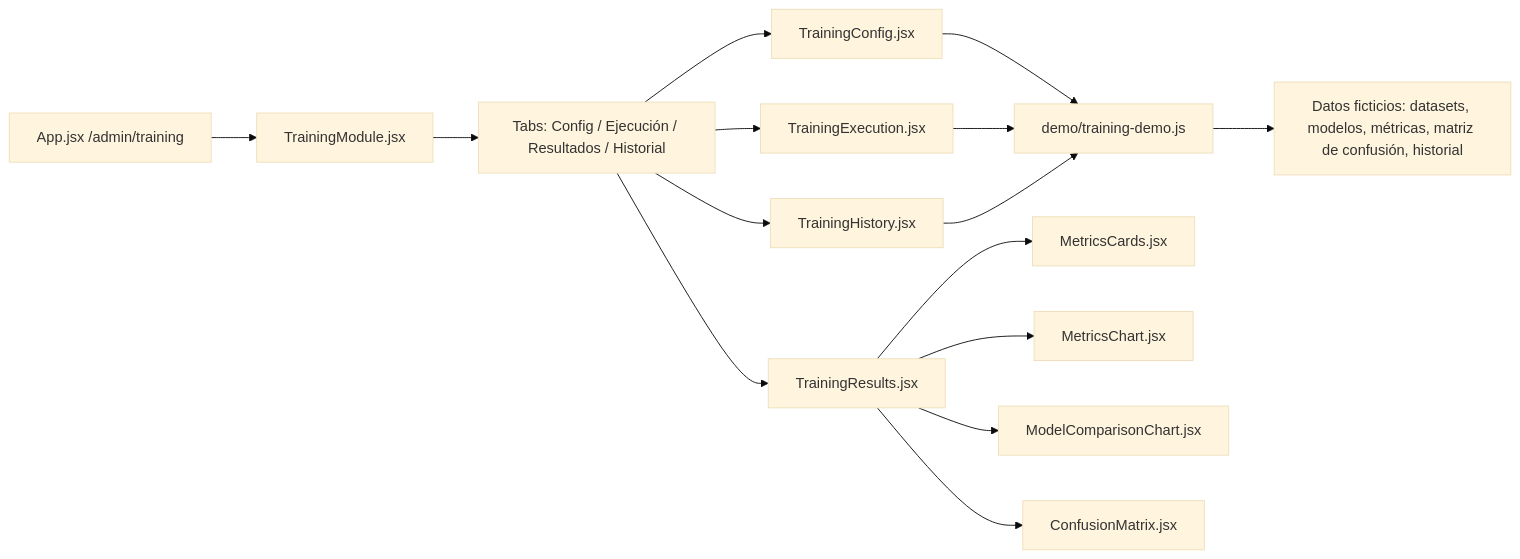
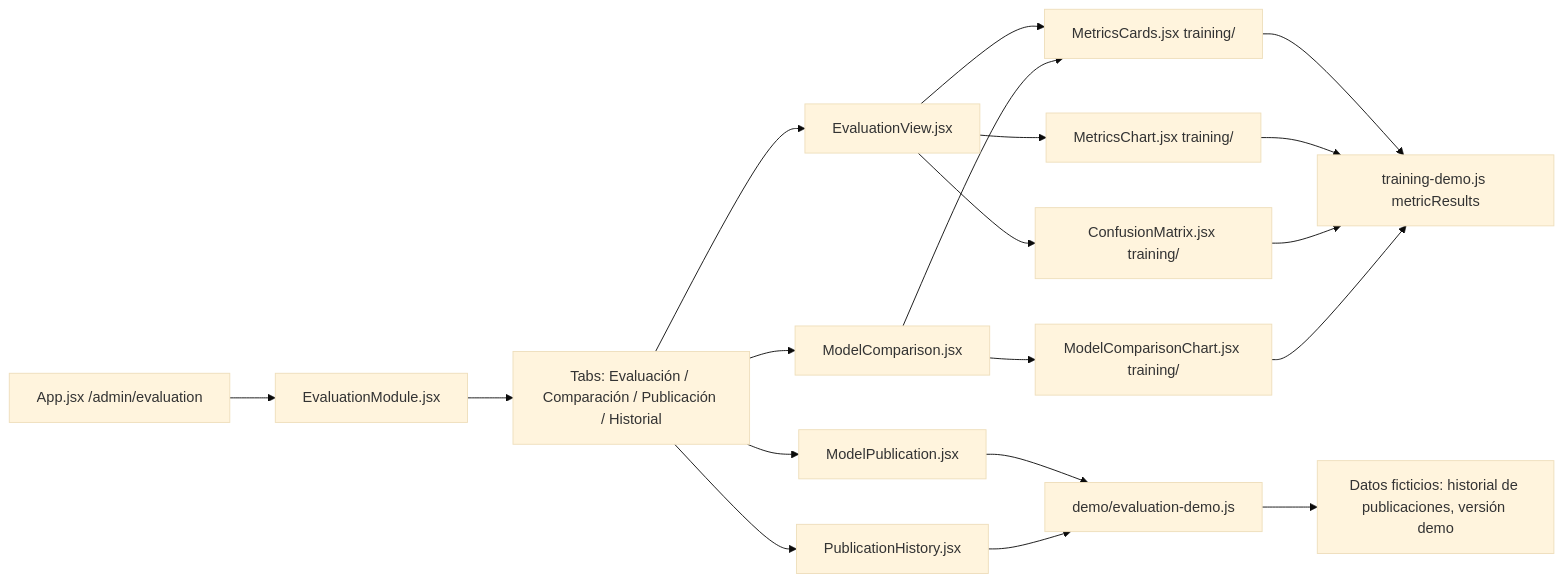
Before and after one commit to JuanTovar-creator/analisis-territorial-mortalidad-frontend: the diagram in .junie/plans/training-module.md, drawn with Mermaid (base theme). The commit also changed other lines of this file and 19 other files, not shown here.

First line of the commit message:
feat: agregar módulo evaluación y publicación + refactorización

````diff
--- a/.junie/plans/training-module.md
+++ b/.junie/plans/training-module.md
@@ -129,17 +142,21 @@
 ``` mermaid
 graph LR
-  A[App.jsx /admin/training] --> B[TrainingModule.jsx]
-  B --> C[Tabs: Config / Ejecución / Resultados / Historial]
-  C --> D[TrainingConfig.jsx]
-  C --> E[TrainingExecution.jsx]
-  C --> F[TrainingResults.jsx]
-  C --> G[TrainingHistory.jsx]
-  D --> H[demo/training-demo.js]
+  A[App.jsx /admin/evaluation] --> B[EvaluationModule.jsx]
+  B --> C[Tabs: Evaluación / Comparación / Publicación / Historial]
+  C --> D[EvaluationView.jsx]
+  C --> E[ModelComparison.jsx]
+  C --> F[ModelPublication.jsx]
+  C --> G[PublicationHistory.jsx]
+  D --> H[MetricsCards.jsx training/]
+  D --> I[MetricsChart.jsx training/]
+  D --> J[ConfusionMatrix.jsx training/]
+  E --> K[ModelComparisonChart.jsx training/]
   E --> H
-  F --> I[MetricsCards.jsx]
-  F --> J[MetricsChart.jsx]
-  F --> K[ModelComparisonChart.jsx]
-  F --> L[ConfusionMatrix.jsx]
-  G --> H
-  H --> M[Datos ficticios: datasets, modelos, métricas, matriz de confusión, historial]
+  F --> L[demo/evaluation-demo.js]
+  G --> L
+  H --> M[training-demo.js metricResults]
+  I --> M
+  J --> M
+  K --> M
+  L --> N[Datos ficticios: historial de publicaciones, versión demo]
 ```
````
